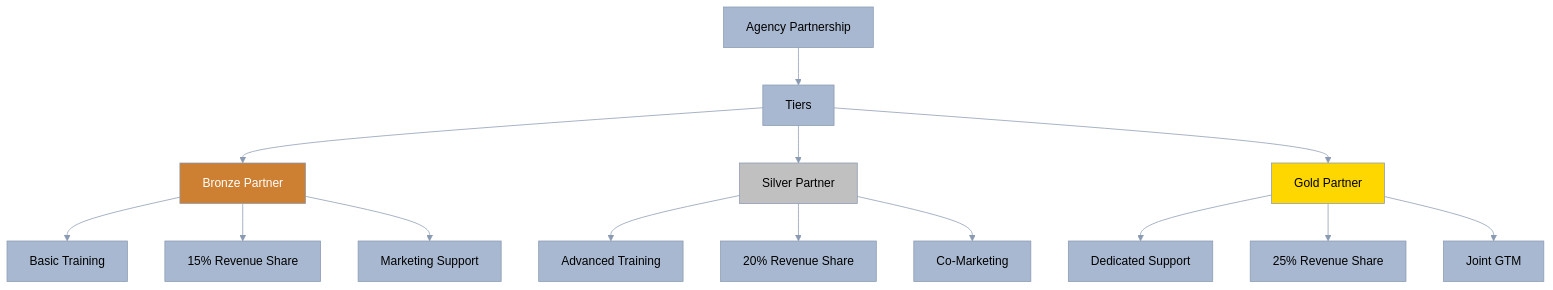
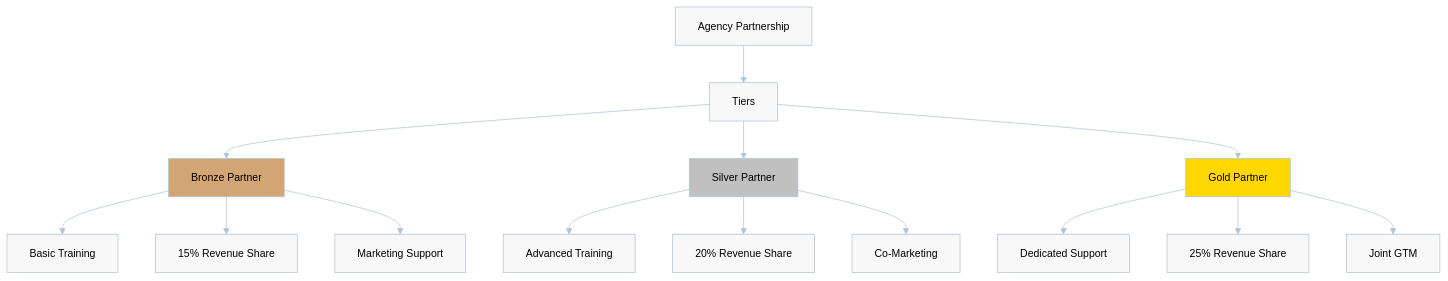
Before and after one commit to o2alexanderfedin/AI-Hive-Business-Docs: the third of 18 diagrams in business-documents/competitive-positioning/06-go-to-market-positioning.md, drawn with Mermaid. The commit also changed other lines of this file, not shown here.

First line of the commit message:
Update go-to-market positioning diagrams to lighter color scheme

````diff
--- a/business-documents/competitive-positioning/06-go-to-market-positioning.md
+++ b/business-documents/competitive-positioning/06-go-to-market-positioning.md
@@ -154,36 +166,42 @@
 ```mermaid
 %%{init: {
   'theme': 'base',
   'themeVariables': {
-    'primaryColor': '#A8B8D0',
+    'primaryColor': '#E0E8F0',
     'primaryTextColor': '#000000',
-    'primaryBorderColor': '#8A9AB2',
-    'lineColor': '#8A9AB2',
-    'secondaryColor': '#5DBCB6',
-    'tertiaryColor': '#84D4F5',
-    'background': '#F5F5F5'
+    'primaryBorderColor': '#B0C5D8',
+    'lineColor': '#B0C5D8',
+    'secondaryColor': '#D5E8E0',
+    'tertiaryColor': '#E0F0F8',
+    'background': '#FFFFFF',
+    'mainBkg': '#F8F8F8',
+    'secondBkg': '#F0F0F0',
+    'darkMode': false,
+    'fontFamily': 'Arial, sans-serif',
+    'fontSize': '14px',
+    'textColor': '#000000'
   }
 }}%%
 graph TD
     A[Agency Partnership] --> B[Tiers]
 
     B --> C[Bronze Partner]
     B --> D[Silver Partner]
     B --> E[Gold Partner]
 
     C --> C1[Basic Training]
     C --> C2[15% Revenue Share]
     C --> C3[Marketing Support]
 
     D --> D1[Advanced Training]
     D --> D2[20% Revenue Share]
     D --> D3[Co-Marketing]
 
     E --> E1[Dedicated Support]
     E --> E2[25% Revenue Share]
     E --> E3[Joint GTM]
 
     style E fill:#FFD700,color:#000
     style D fill:#C0C0C0,color:#000
-    style C fill:#CD7F32,color:#fff
+    style C fill:#D4A574,color:#000000
 ```
````
